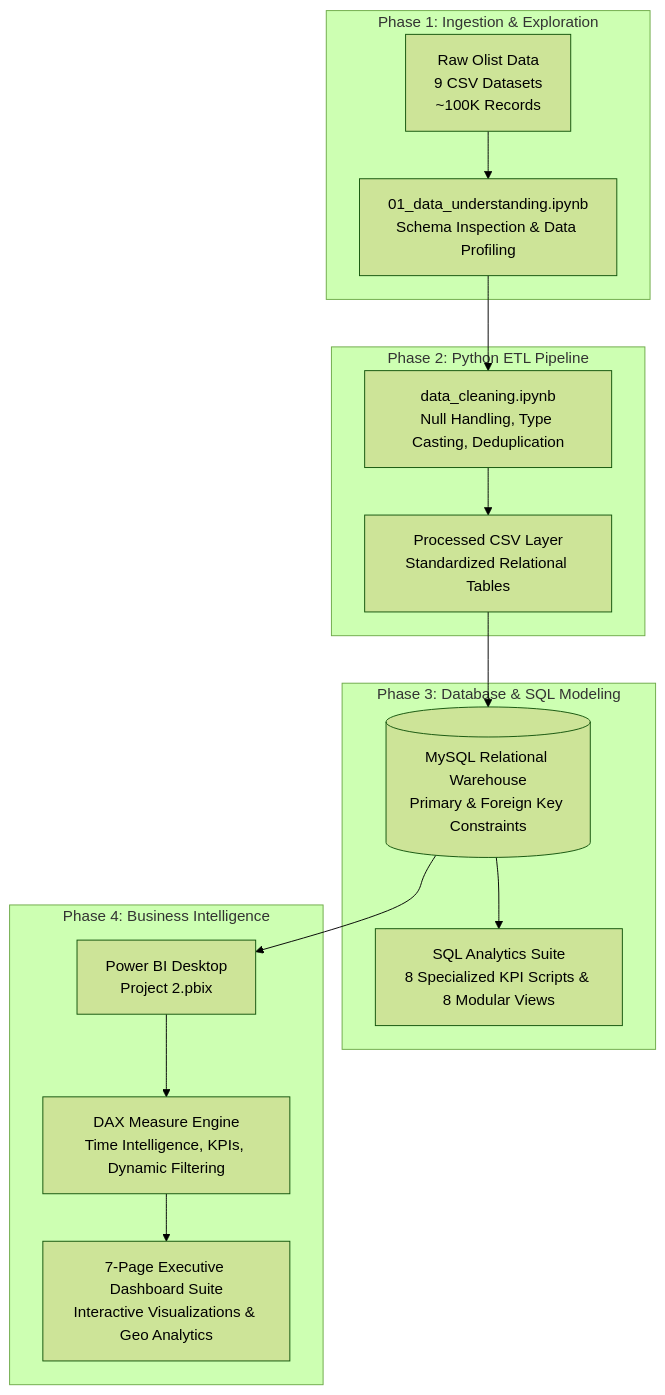
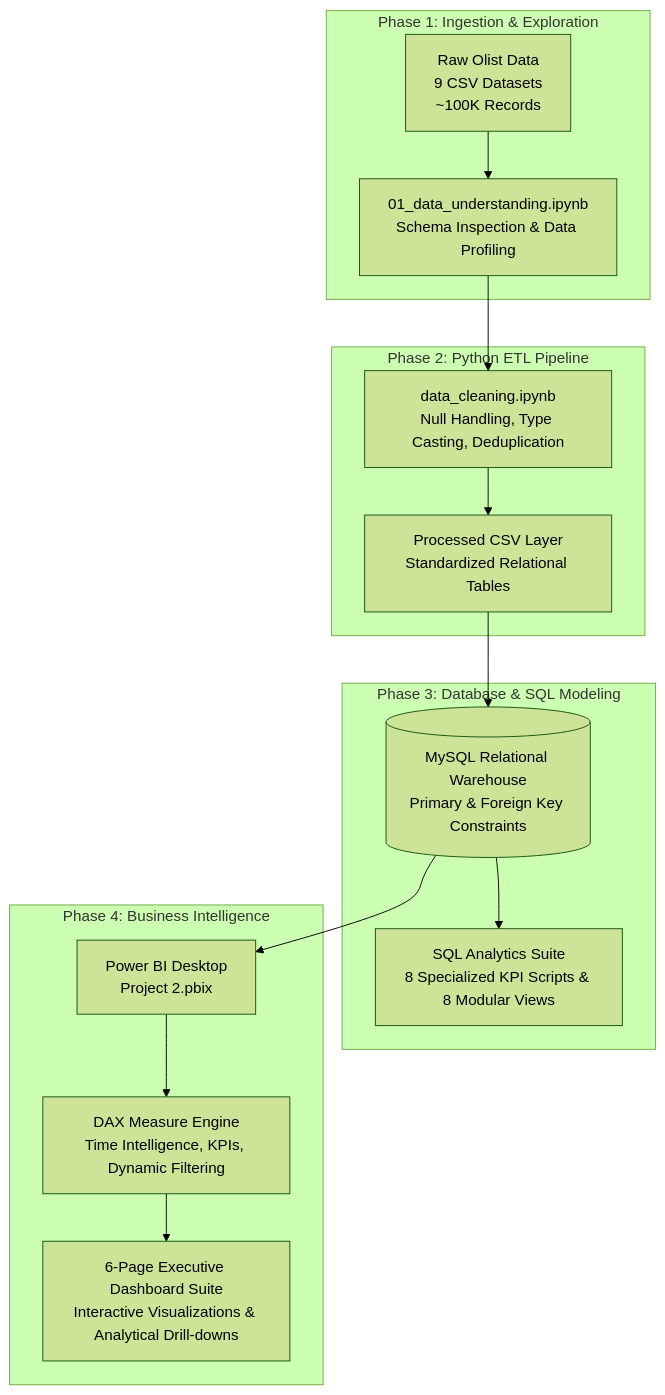
Before and after one commit to aravindreddym-034/Brazilian-Ecommerce-Analytics: the diagram in README.md, drawn with Mermaid (forest theme). The commit also changed other lines of this file and 6 other files, not shown here.

````diff
--- a/README.md
+++ b/README.md
@@ -64,22 +63,22 @@
 ```mermaid
 flowchart TD
     subgraph S1["Phase 1: Ingestion & Exploration"]
         A[Raw Olist Data\n9 CSV Datasets\n~100K Records] --> B[01_data_understanding.ipynb\nSchema Inspection & Data Profiling]
     end
 
     subgraph S2["Phase 2: Python ETL Pipeline"]
         B --> C[data_cleaning.ipynb\nNull Handling, Type Casting, Deduplication]
         C --> D[Processed CSV Layer\nStandardized Relational Tables]
     end
 
     subgraph S3["Phase 3: Database & SQL Modeling"]
         D --> E[(MySQL Relational Warehouse\nPrimary & Foreign Key Constraints)]
         E --> F[SQL Analytics Suite\n8 Specialized KPI Scripts & 8 Modular Views]
     end
 
     subgraph S4["Phase 4: Business Intelligence"]
         E --> G[Power BI Desktop\nProject 2.pbix]
         G --> H[DAX Measure Engine\nTime Intelligence, KPIs, Dynamic Filtering]
-        H --> I[7-Page Executive Dashboard Suite\nInteractive Visualizations & Geo Analytics]
+        H --> I[6-Page Executive Dashboard Suite\nInteractive Visualizations & Analytical Drill-downs]
     end
 ```
````
